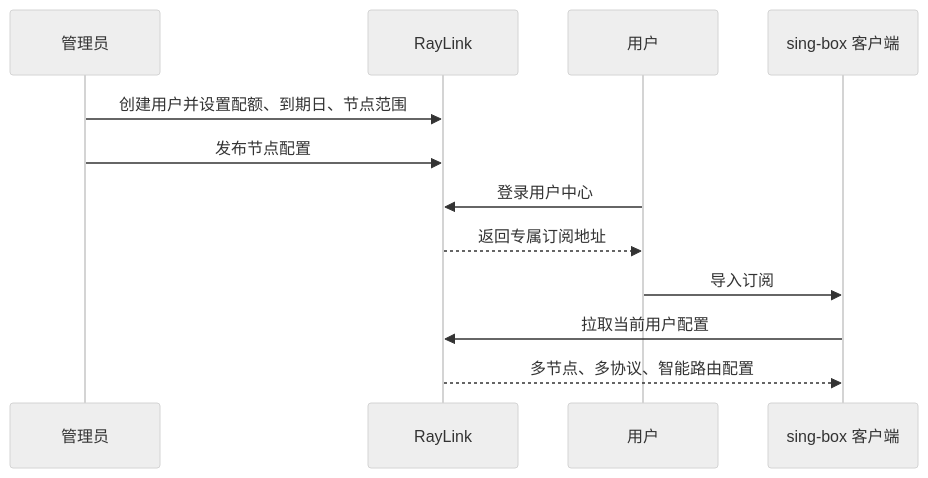
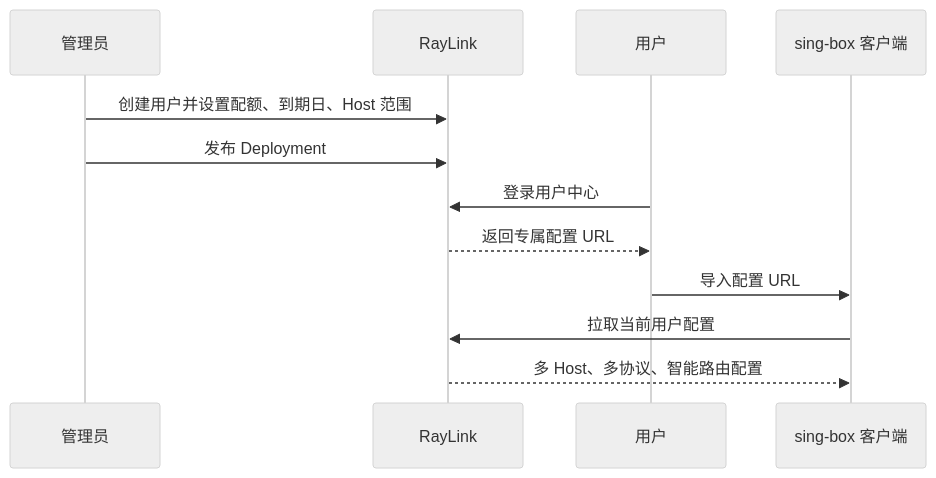
One commit to Zanetach/RayLink changed the second of 2 diagrams in README.md. Above: the diagram before and after it, drawn with Mermaid (neutral theme). The commit also changed other lines of this file and 17 other files, not shown here.

````diff
--- a/README.md
+++ b/README.md
@@ -125,15 +125,15 @@
 ```mermaid
 sequenceDiagram
   participant A as 管理员
   participant R as RayLink
   participant U as 用户
   participant C as sing-box 客户端
 
-  A->>R: 创建用户并设置配额、到期日、节点范围
-  A->>R: 发布节点配置
+  A->>R: 创建用户并设置配额、到期日、Host 范围
+  A->>R: 发布 Deployment
   U->>R: 登录用户中心
-  R-->>U: 返回专属订阅地址
-  U->>C: 导入订阅
+  R-->>U: 返回专属配置 URL
+  U->>C: 导入配置 URL
   C->>R: 拉取当前用户配置
-  R-->>C: 多节点、多协议、智能路由配置
+  R-->>C: 多 Host、多协议、智能路由配置
 ```
````
